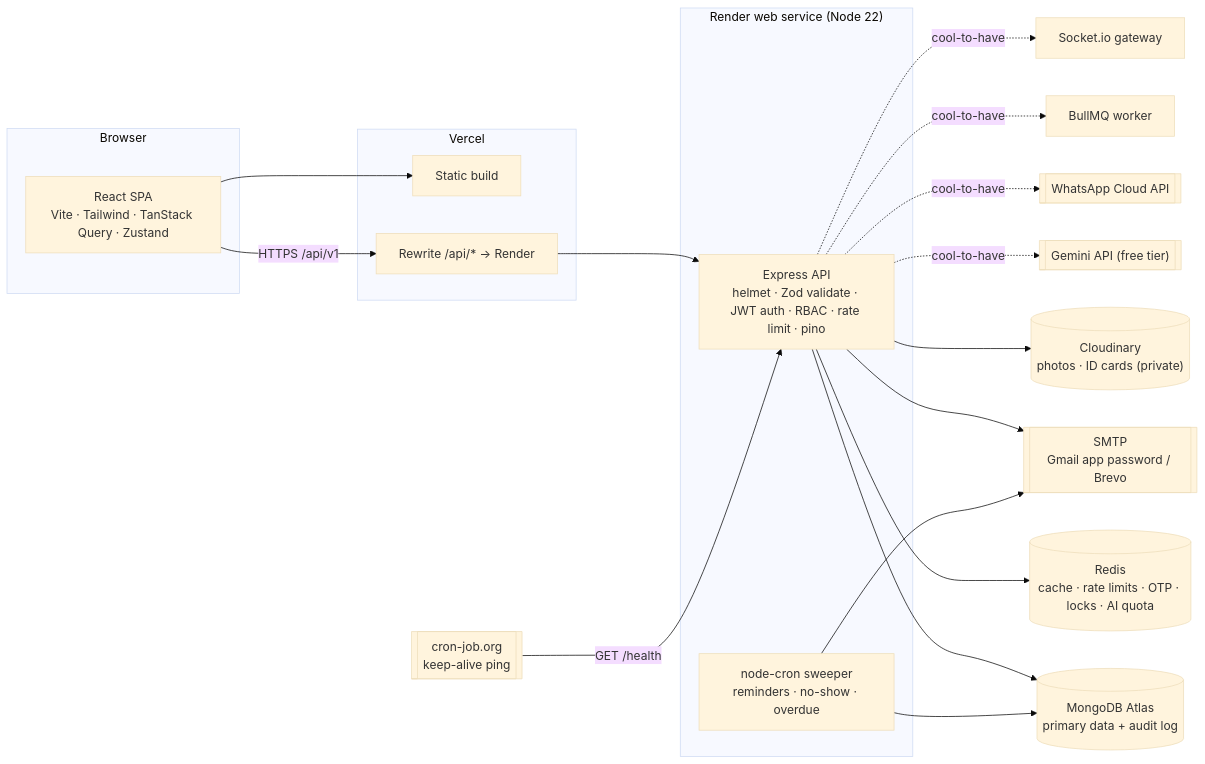
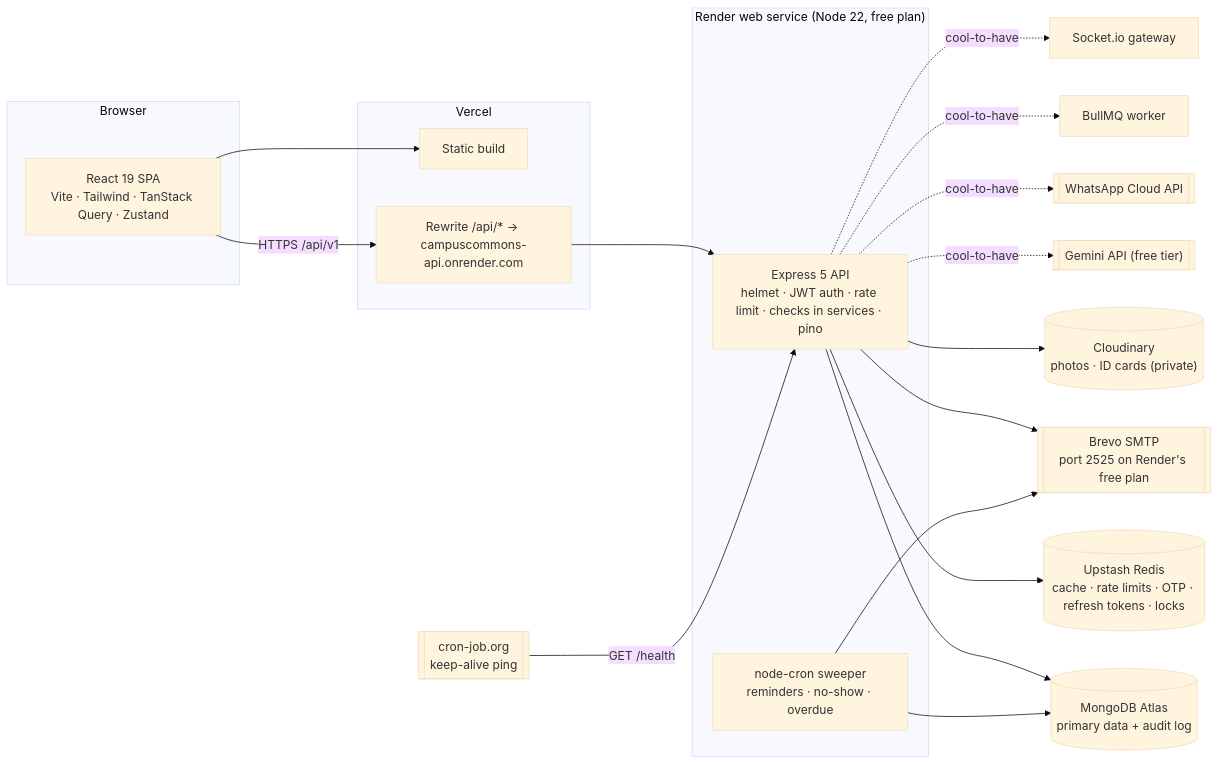
Before and after one commit to aryansinha1908/CodeConquerorHackathon: the first of 4 diagrams in docs/architecture.md, drawn with Mermaid (base theme). The commit also changed other lines of this file and 3 other files, not shown here.

````diff
--- a/docs/architecture.md
+++ b/docs/architecture.md
@@ -81,42 +104,42 @@
 ```mermaid
 flowchart LR
     subgraph Browser["Browser"]
-        SPA["React SPA<br/>Vite · Tailwind · TanStack Query · Zustand"]
+        SPA["React 19 SPA<br/>Vite · Tailwind · TanStack Query · Zustand"]
     end
 
     subgraph Vercel["Vercel"]
         Static["Static build"]
-        Proxy["Rewrite /api/* → Render"]
+        Proxy["Rewrite /api/* → campuscommons-api.onrender.com"]
     end
 
-    subgraph Render["Render web service (Node 22)"]
-        API["Express API<br/>helmet · Zod validate · JWT auth · RBAC · rate limit · pino"]
+    subgraph Render["Render web service (Node 22, free plan)"]
+        API["Express 5 API<br/>helmet · JWT auth · rate limit · checks in services · pino"]
         Cron["node-cron sweeper<br/>reminders · no-show · overdue"]
     end
 
     Mongo[("MongoDB Atlas<br/>primary data + audit log")]
-    Redis[("Redis<br/>cache · rate limits · OTP · locks · AI quota")]
+    Redis[("Upstash Redis<br/>cache · rate limits · OTP · refresh tokens · locks")]
     Cloud[("Cloudinary<br/>photos · ID cards (private)")]
-    SMTP[["SMTP<br/>Gmail app password / Brevo"]]
+    SMTP[["Brevo SMTP<br/>port 2525 on Render's free plan"]]
     Pinger[["cron-job.org<br/>keep-alive ping"]]
 
     Gemini[["Gemini API (free tier)"]]
     WA[["WhatsApp Cloud API"]]
     Queue["BullMQ worker"]
     WS["Socket.io gateway"]
 
     SPA --> Static
     SPA -->|"HTTPS /api/v1"| Proxy --> API
     API --> Mongo
     API --> Redis
     API --> Cloud
     API --> SMTP
     Cron --> Mongo
     Cron --> SMTP
     Pinger -->|"GET /health"| API
 
     API -.->|"cool-to-have"| Gemini
     API -.->|"cool-to-have"| WA
     API -.->|"cool-to-have"| Queue
     API -.->|"cool-to-have"| WS
 ```
````
